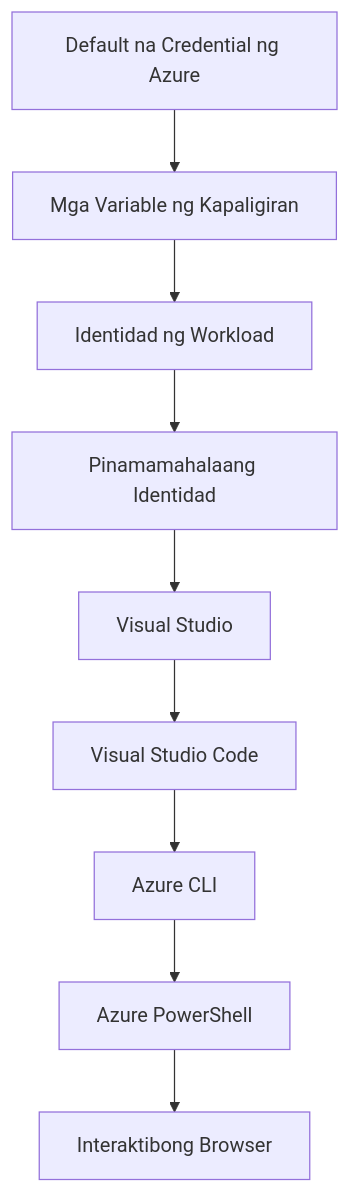
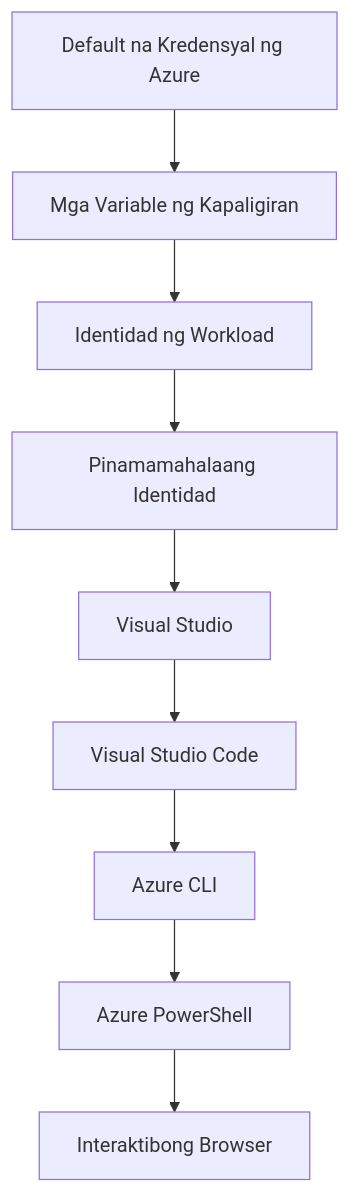
The second of 2 diagrams in translations/tl/docs/chapter-01-foundation/azd-basics.md (microsoft/AZD-for-beginners), drawn with Mermaid before and after one commit. The commit also changed other lines of this file and 101 other files, not shown here.

````diff
--- a/translations/tl/docs/chapter-01-foundation/azd-basics.md
+++ b/translations/tl/docs/chapter-01-foundation/azd-basics.md
@@ -558,11 +591,11 @@
 ```mermaid
 graph TD
-    A[Default na Credential ng Azure] --> B[Mga Variable ng Kapaligiran]
+    A[Default na Kredensyal ng Azure] --> B[Mga Variable ng Kapaligiran]
     B --> C[Identidad ng Workload]
     C --> D[Pinamamahalaang Identidad]
     D --> E[Visual Studio]
     E --> F[Visual Studio Code]
     F --> G[Azure CLI]
     G --> H[Azure PowerShell]
     H --> I[Interaktibong Browser]
 ```
````
